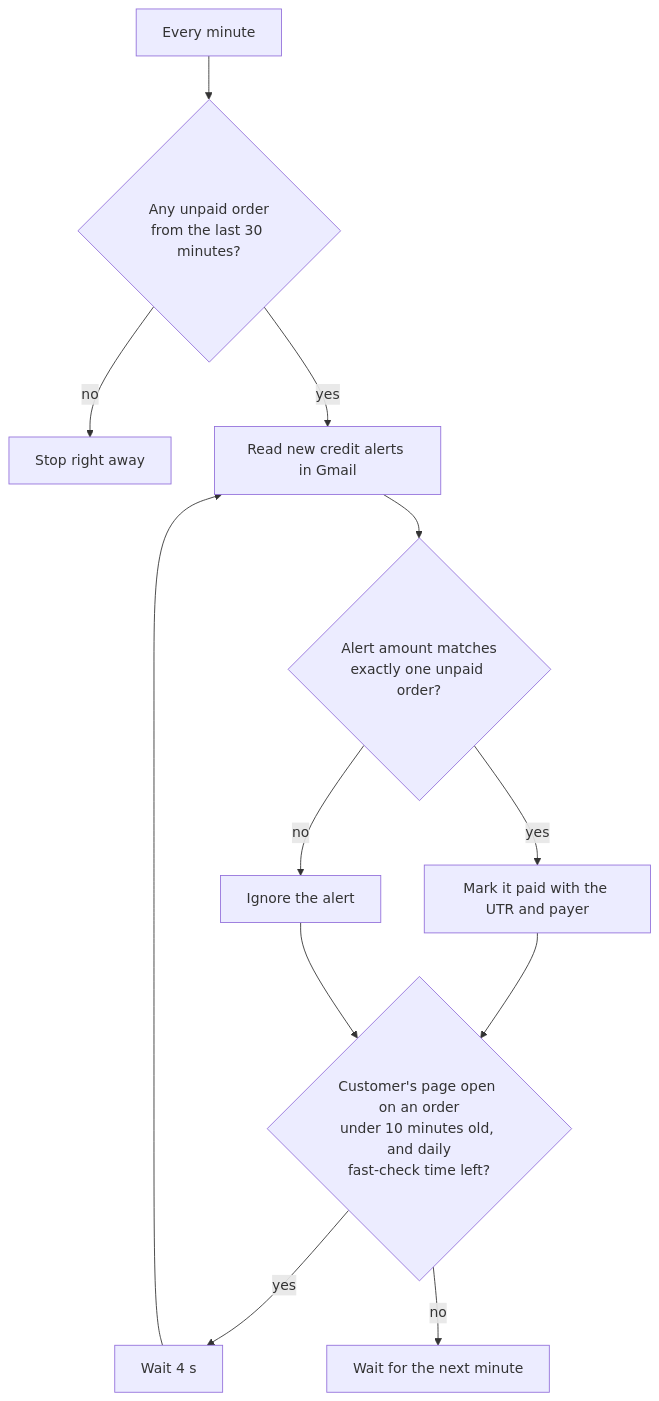
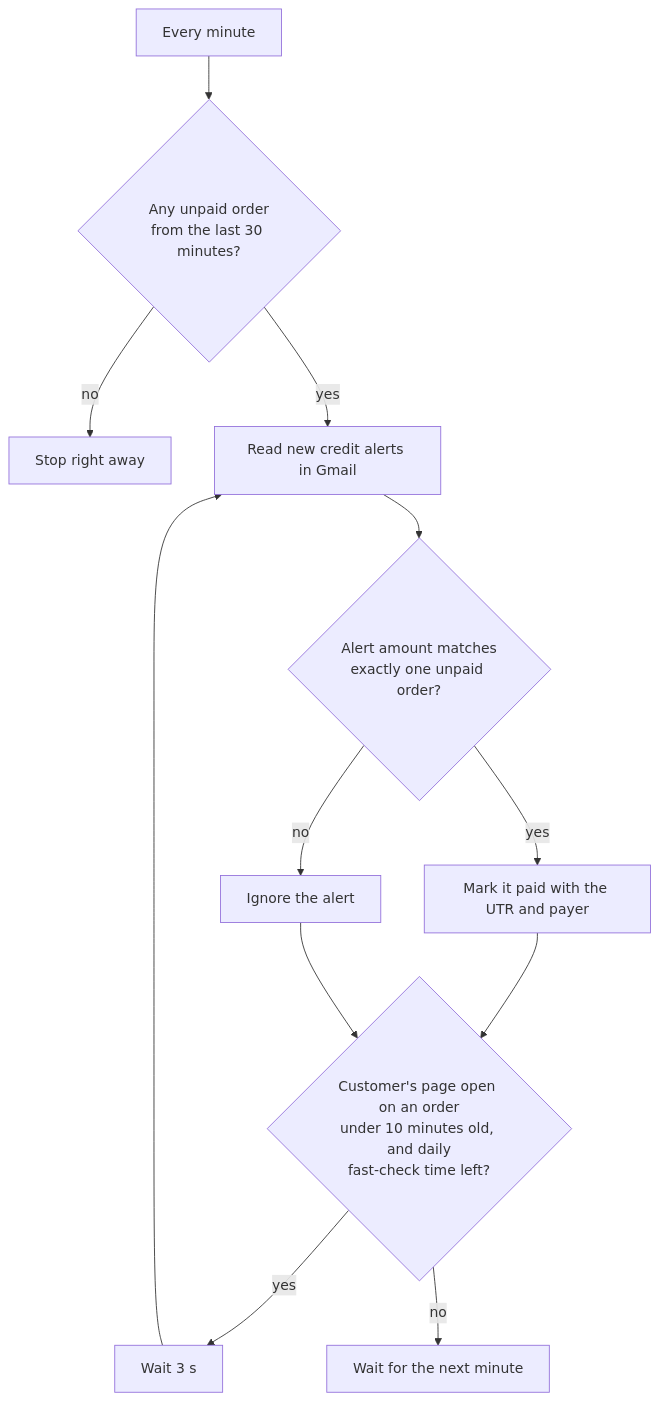
The fifth of 6 diagrams in README.md (satyam-64136/My-store), drawn with Mermaid before and after one commit. The commit also changed other lines of this file and 2 other files, not shown here.

````diff
--- a/README.md
+++ b/README.md
@@ -128,14 +128,14 @@
 ```mermaid
 flowchart TD
   T["Every minute"] --> Q{"Any unpaid order<br/>from the last 30 minutes?"}
   Q -- "no" --> Z["Stop right away"]
   Q -- "yes" --> A["Read new credit alerts in Gmail"]
   A --> C{"Alert amount matches<br/>exactly one unpaid order?"}
   C -- "yes" --> D["Mark it paid with the UTR and payer"]
   C -- "no" --> E["Ignore the alert"]
   D --> G{"Customer's page open on an order<br/>under 10 minutes old, and daily<br/>fast-check time left?"}
   E --> G
-  G -- "yes" --> H["Wait 4 s"]
+  G -- "yes" --> H["Wait 3 s"]
   H --> A
   G -- "no" --> Y["Wait for the next minute"]
 ```
````
